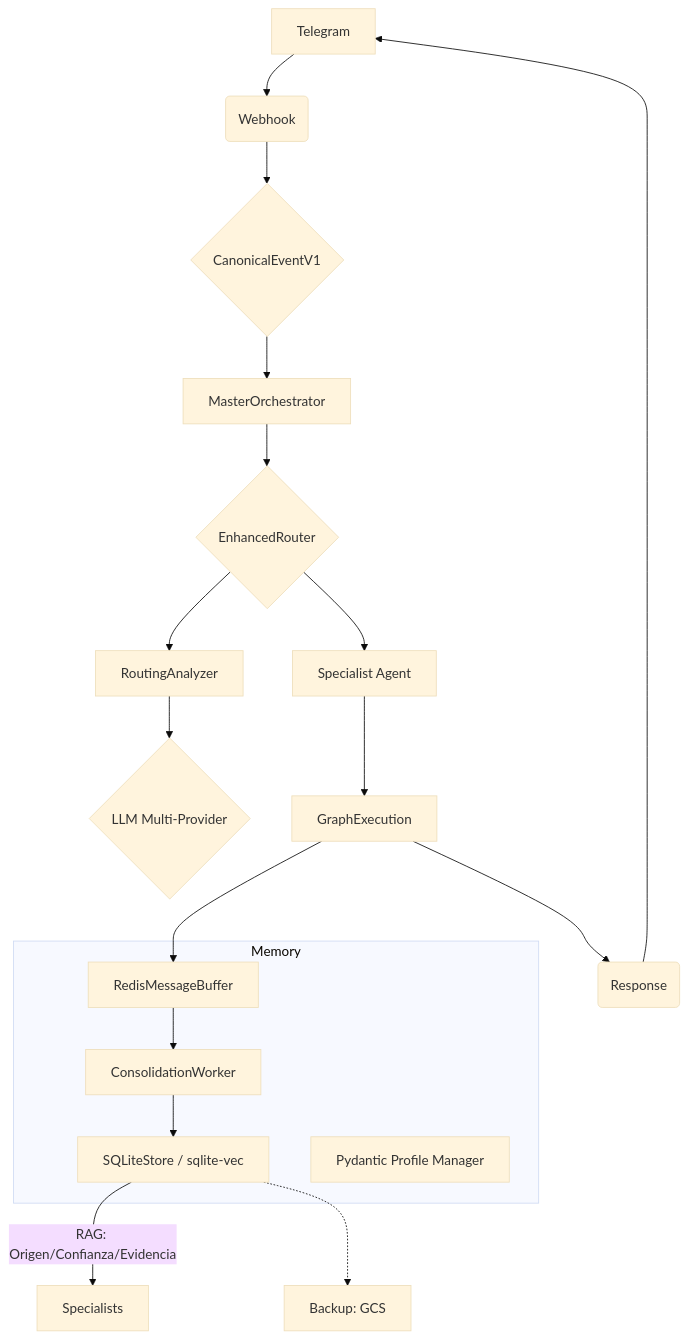
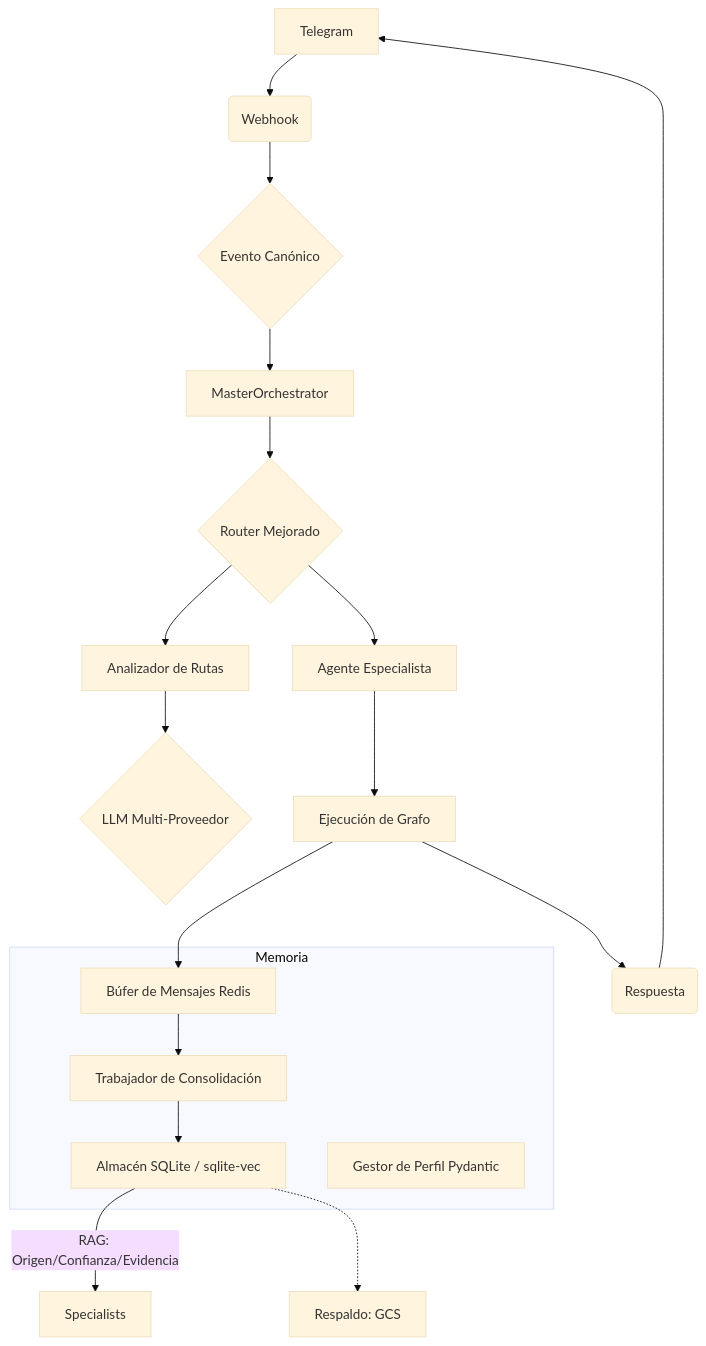
The diagram in PROJECT_OVERVIEW.md (JhomC3/AEGEN), drawn with Mermaid (base theme) before and after one commit. The commit also changed other lines of this file and 3 other files, not shown here.

Commit message:
docs: unify language to Spanish and centralize roadmap in Project Overview

````diff
--- a/PROJECT_OVERVIEW.md
+++ b/PROJECT_OVERVIEW.md
@@ -51,25 +52,25 @@
 ```mermaid
 graph TD
     A[Telegram] --> B(Webhook);
-    B --> C{CanonicalEventV1};
+    B --> C{Evento Canónico};
     C --> D[MasterOrchestrator];
-    D --> E{EnhancedRouter};
-    E --> F[RoutingAnalyzer];
-    F --> G{LLM Multi-Provider};
-    E --> H[Specialist Agent];
-    H --> I[GraphExecution];
-    I --> J[RedisMessageBuffer];
-    J --> K[ConsolidationWorker];
-    K --> L[SQLiteStore / sqlite-vec];
+    D --> E{Router Mejorado};
+    E --> F[Analizador de Rutas];
+    F --> G{LLM Multi-Proveedor};
+    E --> H[Agente Especialista];
+    H --> I[Ejecución de Grafo];
+    I --> J[Búfer de Mensajes Redis];
+    J --> K[Trabajador de Consolidación];
+    K --> L[Almacén SQLite / sqlite-vec];
     L -- "RAG: Origen/Confianza/Evidencia" --> Specialists;
-    L -.-> M[Backup: GCS];
-    I --> N(Response);
+    L -.-> M[Respaldo: GCS];
+    I --> N(Respuesta);
     N --> A;
 
-    subgraph Memory
+    subgraph Memoria
         J
         K
         L
-        O[Pydantic Profile Manager]
+        O[Gestor de Perfil Pydantic]
     end
 ```
````
